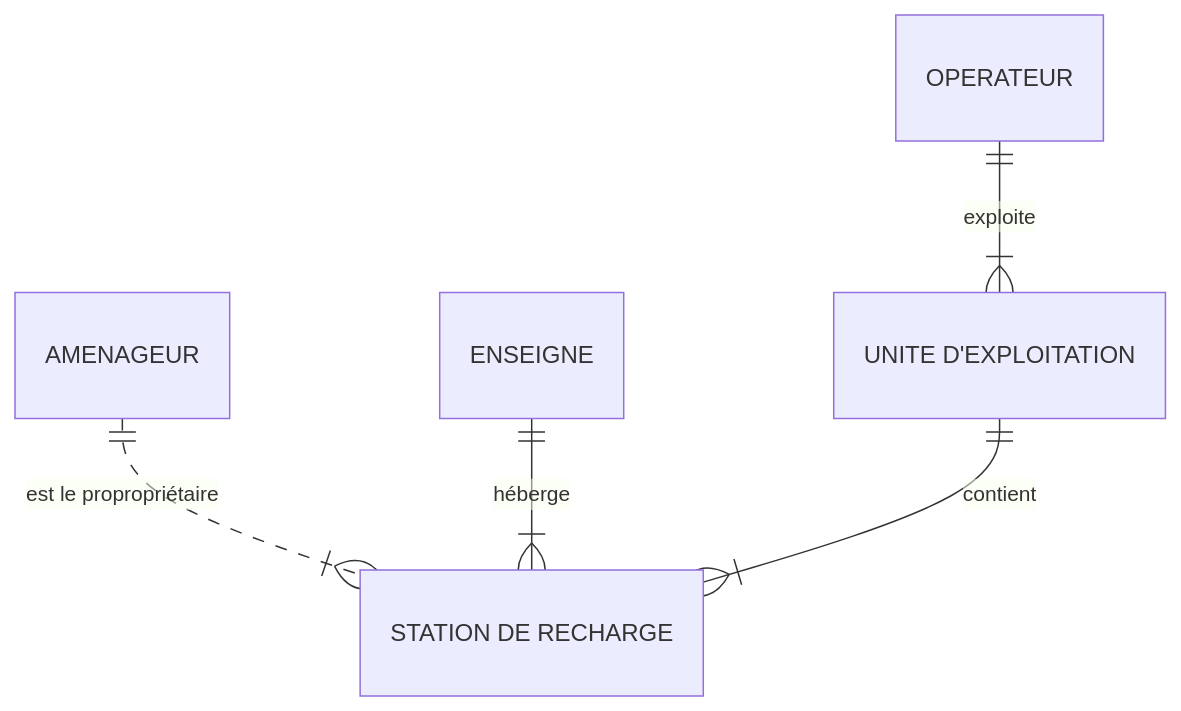
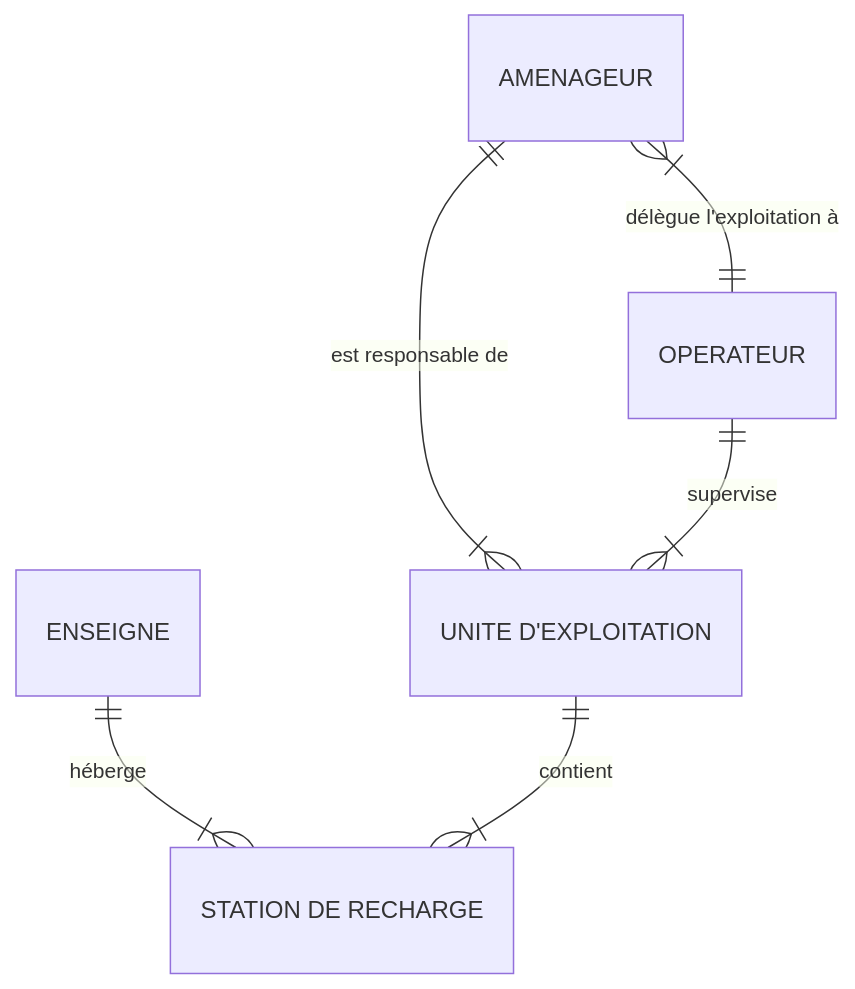
Before and after one commit to MTES-MCT/qualicharge: the third of 16 diagrams in docs/modele.md, drawn with Mermaid. The commit also changed other lines of this file, not shown here.

````diff
--- a/docs/modele.md
+++ b/docs/modele.md
@@ -102,7 +104,8 @@
 ```mermaid
 erDiagram
-    AMENAGEUR ||..|{ "STATION DE RECHARGE" : "est le propropriétaire"
+    AMENAGEUR ||--|{ "UNITE D'EXPLOITATION" : "est responsable de"
     ENSEIGNE ||--|{ "STATION DE RECHARGE": "héberge"
-    OPERATEUR ||--|{ "UNITE D'EXPLOITATION": "exploite"
+    OPERATEUR ||--|{ "UNITE D'EXPLOITATION": "supervise"
+    AMENAGEUR |{--|| OPERATEUR: "délègue l'exploitation à"
     "UNITE D'EXPLOITATION" ||--|{ "STATION DE RECHARGE": "contient"
 ```
````
